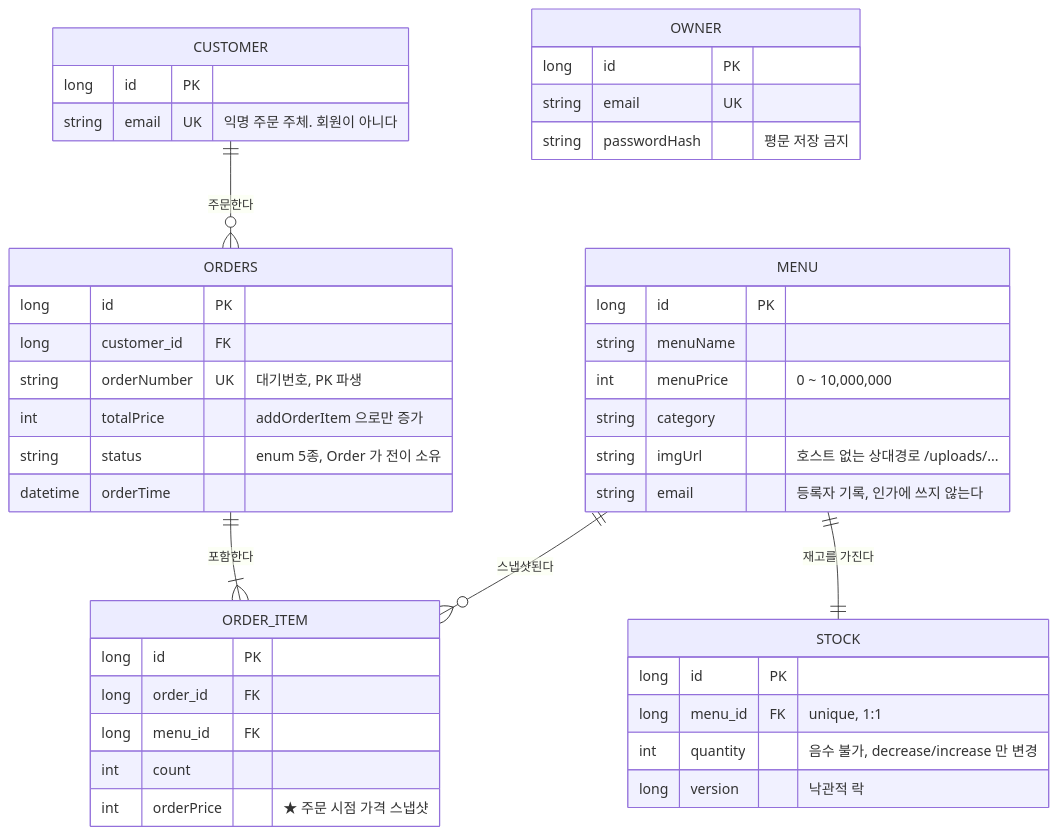
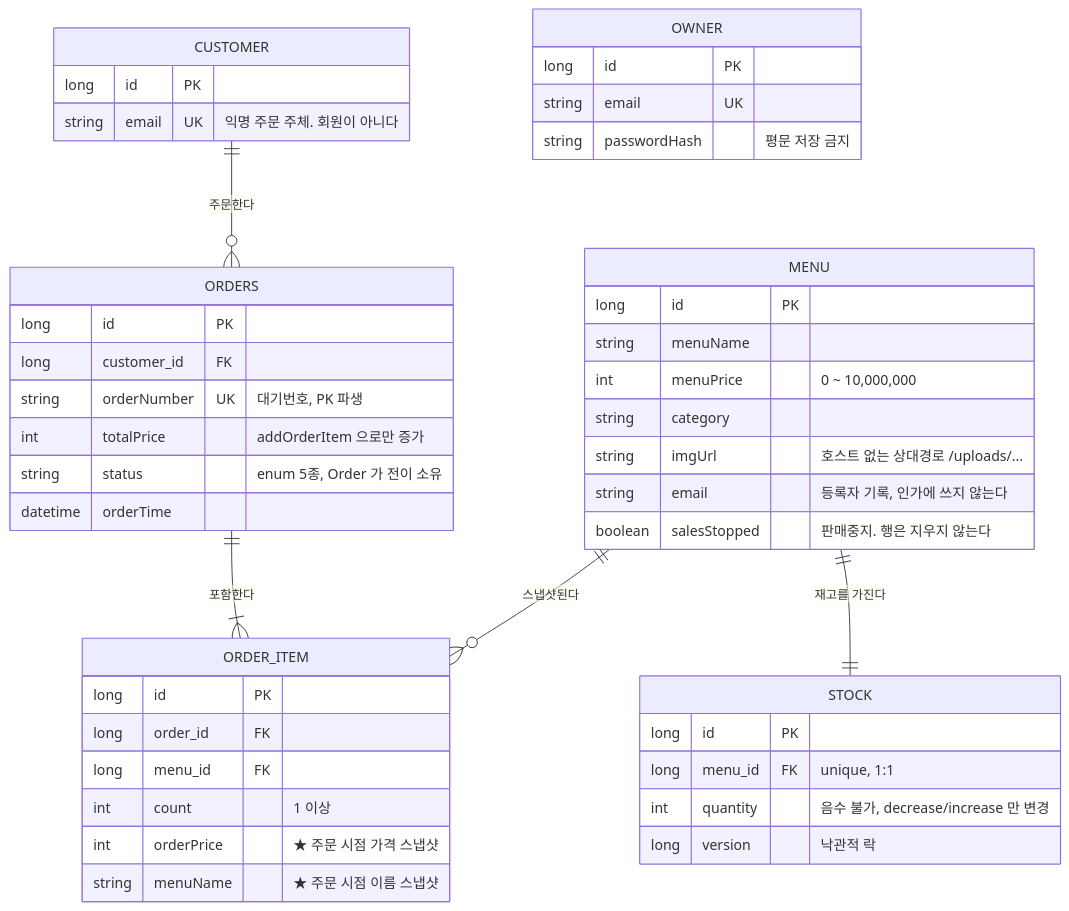
One commit to hhyukk/cafe-kiosk changed the eighth of 8 diagrams in docs/design/architecture.md. Above: the diagram before and after it, drawn with Mermaid. The commit also changed other lines of this file and 9 other files, not shown here.

````diff
--- a/docs/design/architecture.md
+++ b/docs/design/architecture.md
@@ -458,46 +458,48 @@
 ```mermaid
 erDiagram
     CUSTOMER ||--o{ ORDERS : "주문한다"
     ORDERS ||--|{ ORDER_ITEM : "포함한다"
     MENU ||--o{ ORDER_ITEM : "스냅샷된다"
     MENU ||--|| STOCK : "재고를 가진다"
 
     CUSTOMER {
         long id PK
         string email UK "익명 주문 주체. 회원이 아니다"
     }
     ORDERS {
         long id PK
         long customer_id FK
         string orderNumber UK "대기번호, PK 파생"
         int totalPrice "addOrderItem 으로만 증가"
         string status "enum 5종, Order 가 전이 소유"
         datetime orderTime
     }
     ORDER_ITEM {
         long id PK
         long order_id FK
         long menu_id FK
-        int count
+        int count "1 이상"
         int orderPrice "★ 주문 시점 가격 스냅샷"
+        string menuName "★ 주문 시점 이름 스냅샷"
     }
     MENU {
         long id PK
         string menuName
         int menuPrice "0 ~ 10,000,000"
         string category
         string imgUrl "호스트 없는 상대경로 /uploads/..."
         string email "등록자 기록, 인가에 쓰지 않는다"
+        boolean salesStopped "판매중지. 행은 지우지 않는다"
     }
     STOCK {
         long id PK
         long menu_id FK "unique, 1:1"
         int quantity "음수 불가, decrease/increase 만 변경"
         long version "낙관적 락"
     }
     OWNER {
         long id PK
         string email UK
         string passwordHash "평문 저장 금지"
     }
 ```
````
